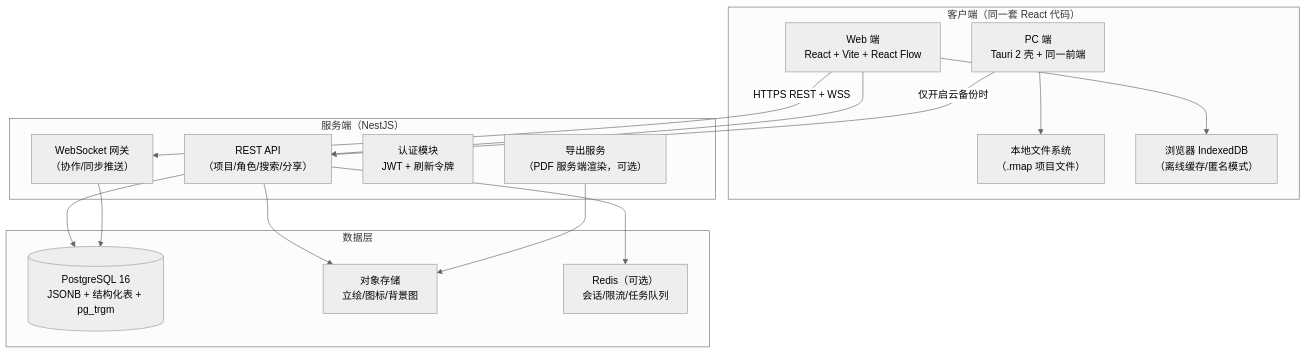
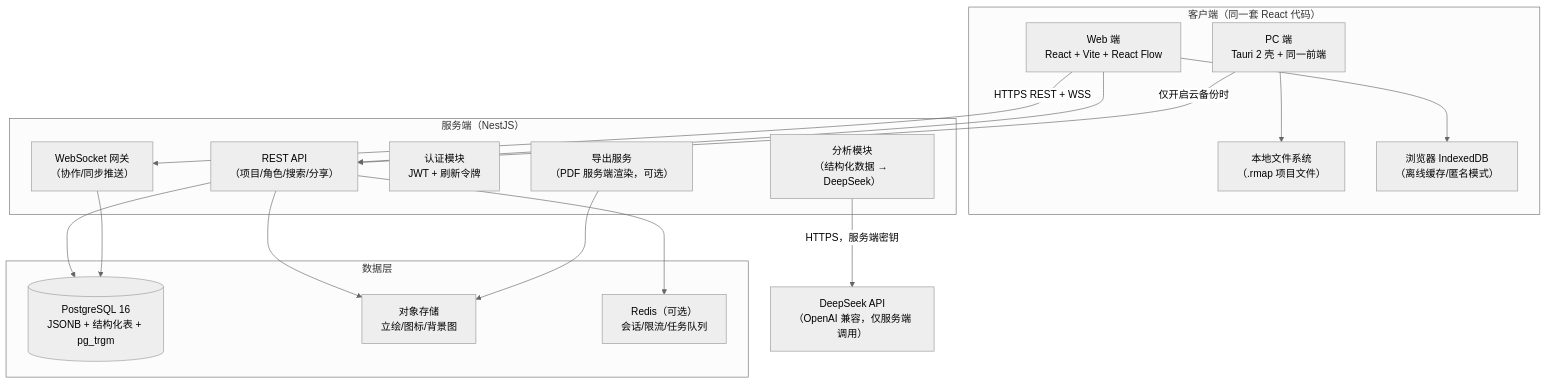
One commit to zl-tqs/relationship_giagram changed the first of 3 diagrams in 小说人物关系图工具-技术设计文档.md. Above: the diagram before and after it, drawn with Mermaid (neutral theme). The commit also changed other lines of this file and 1 other file, not shown here.

````diff
--- a/小说人物关系图工具-技术设计文档.md
+++ b/小说人物关系图工具-技术设计文档.md
@@ -61,33 +66,37 @@
 ```mermaid
 graph TB
     subgraph Client["客户端（同一套 React 代码）"]
         WebApp["Web 端<br/>React + Vite + React Flow"]
         DesktopApp["PC 端<br/>Tauri 2 壳 + 同一前端"]
         LocalFS["本地文件系统<br/>（.rmap 项目文件）"]
         IDB["浏览器 IndexedDB<br/>（离线缓存/匿名模式）"]
         DesktopApp --> LocalFS
         WebApp --> IDB
     end
 
     subgraph Server["服务端（NestJS）"]
         Gateway["WebSocket 网关<br/>（协作/同步推送）"]
         REST["REST API<br/>（项目/角色/搜索/分享）"]
         Auth["认证模块<br/>JWT + 刷新令牌"]
+        Analysis["分析模块<br/>（结构化数据 → DeepSeek）"]
         Export["导出服务<br/>（PDF 服务端渲染，可选）"]
     end
+
+    AI["DeepSeek API<br/>（OpenAI 兼容，仅服务端调用）"]
 
     subgraph Data["数据层"]
         PG[("PostgreSQL 16<br/>JSONB + 结构化表 + pg_trgm")]
         S3["对象存储<br/>立绘/图标/背景图"]
         Redis["Redis（可选）<br/>会话/限流/任务队列"]
     end
 
     WebApp -->|HTTPS REST + WSS| Gateway
     WebApp --> REST
     DesktopApp -->|仅开启云备份时| REST
     REST --> PG
     Gateway --> PG
     REST --> S3
     Export --> S3
     REST --> Redis
+    Analysis -->|HTTPS，服务端密钥| AI
 ```
````
